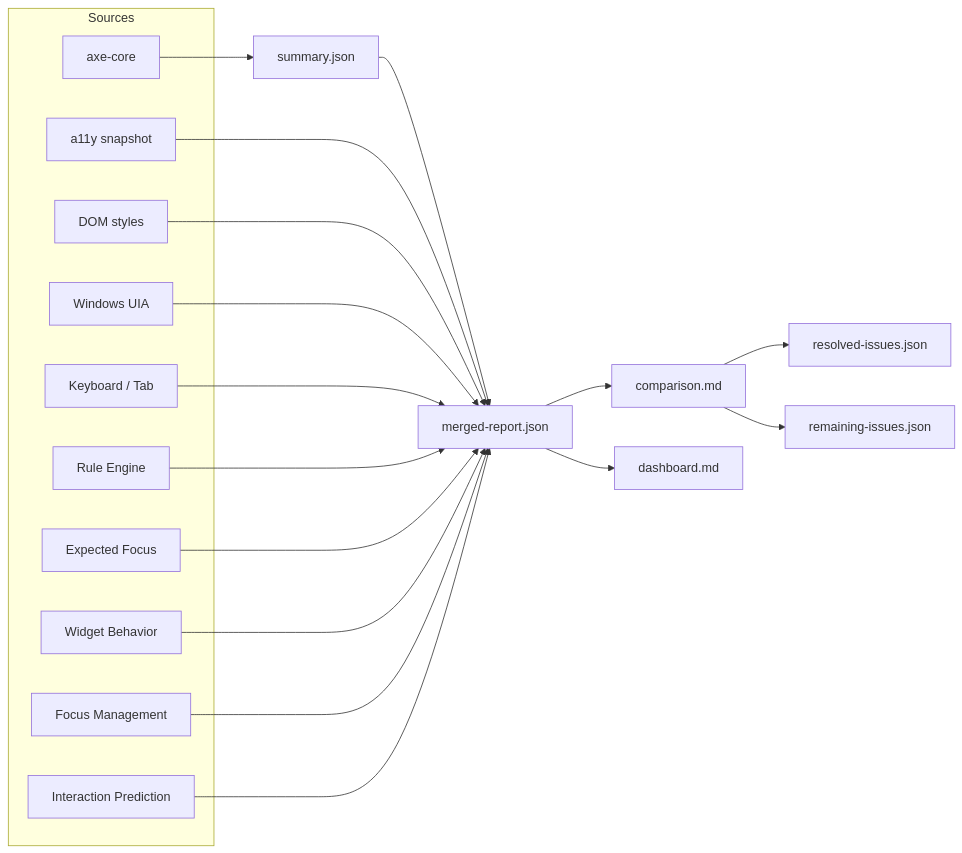
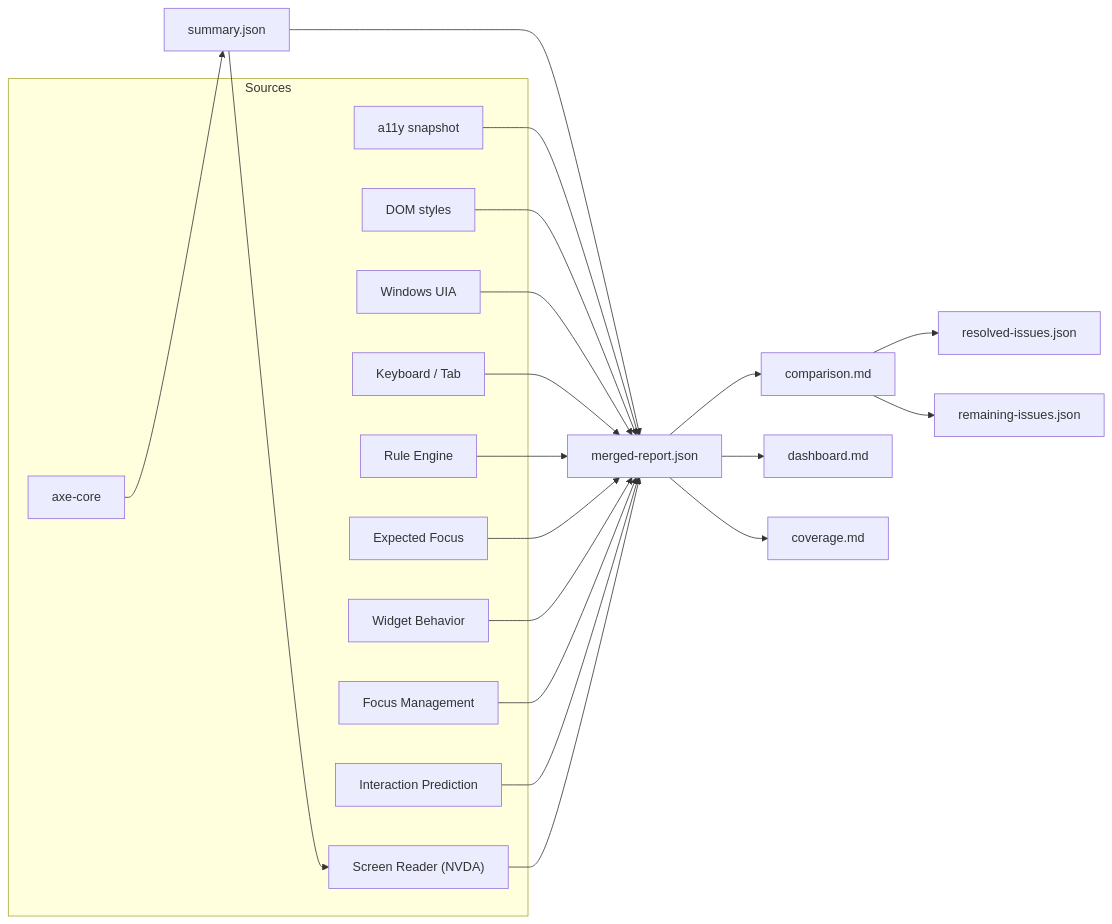
The seventh of 8 diagrams in ADA Harness/ARCHITECTURE.md (vivek1952p/GiftApp), drawn with Mermaid before and after one commit. The commit also changed other lines of this file and 2 other files, not shown here.

Commit message:
readme-architecture-update

````diff
--- a/ADA Harness/ARCHITECTURE.md
+++ b/ADA Harness/ARCHITECTURE.md
@@ -334,30 +361,34 @@
 ```mermaid
 flowchart LR
     subgraph inputs["Sources"]
         A[axe-core]
         B["a11y snapshot"]
         C["DOM styles"]
         D["Windows UIA"]
         E["Keyboard / Tab"]
         G["Rule Engine"]
         H["Expected Focus"]
         I["Widget Behavior"]
         J["Focus Management"]
         K["Interaction Prediction"]
+        L["Screen Reader (NVDA)"]
     end
     A --> S[summary.json]
+    S --> L
     S --> M[merged-report.json]
     B --> M
     C --> M
     D --> M
     E --> M
     G --> M
     H --> M
     I --> M
     J --> M
     K --> M
+    L --> M
     M --> CM[comparison.md]
     M --> DB[dashboard.md]
+    M --> COV[coverage.md]
     CM --> RES[resolved-issues.json]
     CM --> REM[remaining-issues.json]
 ```
````
